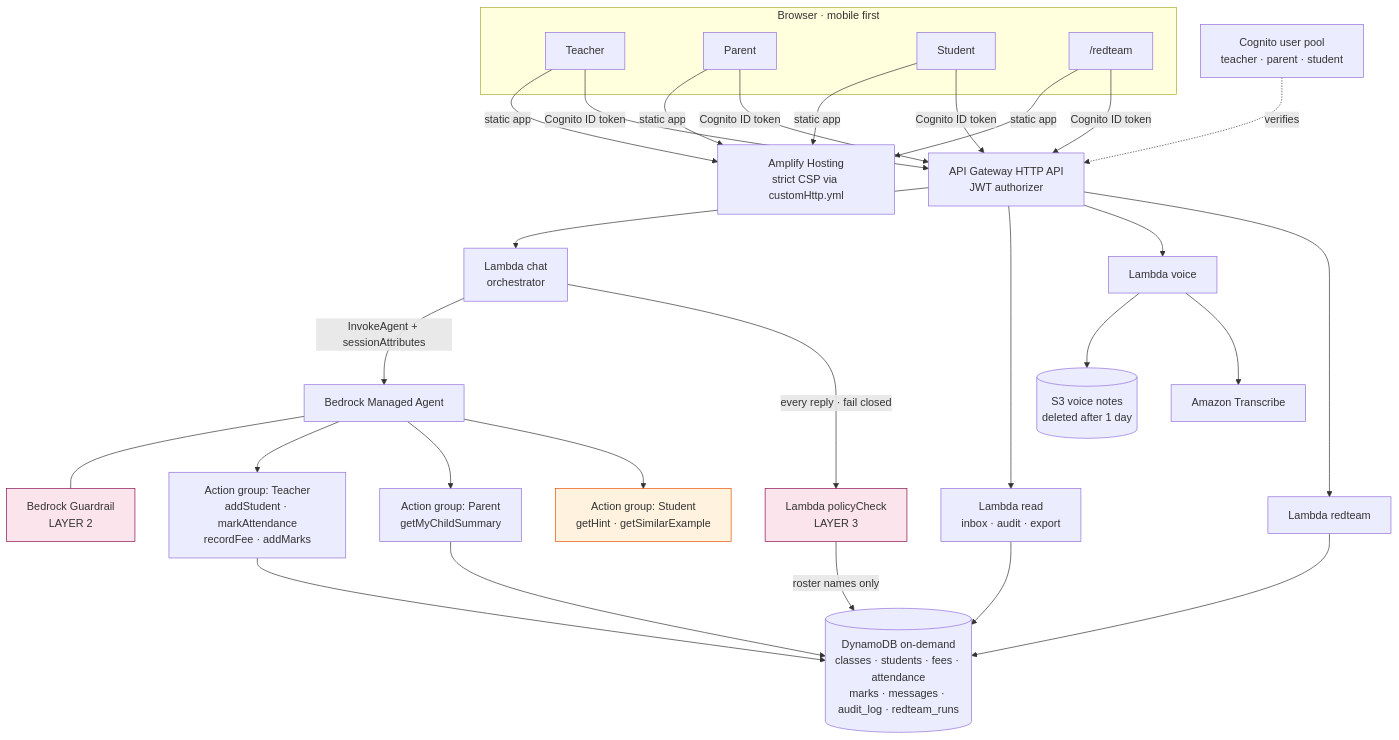
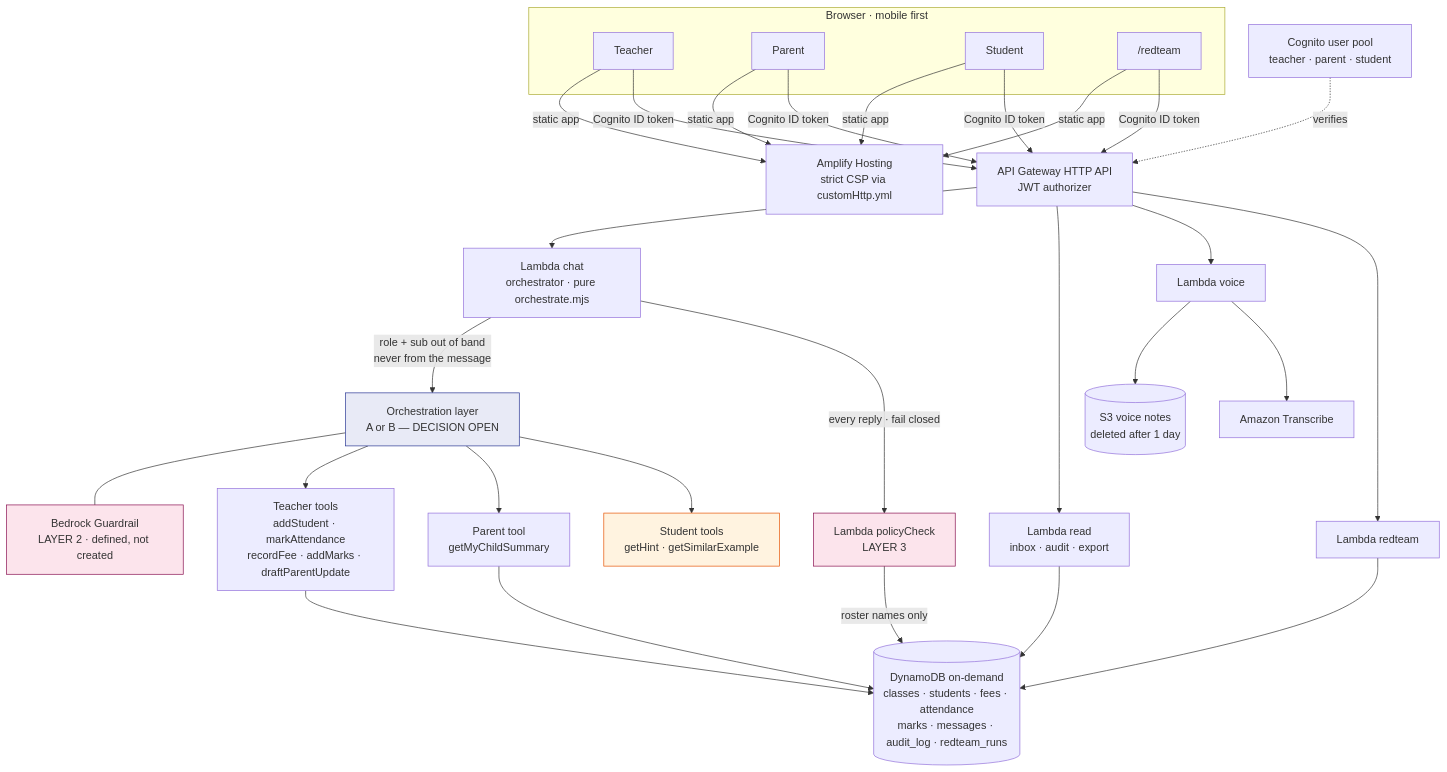
One commit to nishenmadawa15-collab/panthiya changed the diagram in README.md. Above: the diagram before and after it, drawn with Mermaid. The commit also changed other lines of this file and 2 other files, not shown here.

First line of the commit message:
docs(m7): the README that does not claim a running system, and two submission drafts

````diff
--- a/README.md
+++ b/README.md
@@ -43,38 +58,39 @@
 ```mermaid
 flowchart TD
     subgraph Client["Browser · mobile first"]
         T["Teacher"]
         P["Parent"]
         S["Student"]
         R["/redteam"]
     end
 
     T & P & S & R -->|"static app"| HOST["Amplify Hosting<br/>strict CSP via customHttp.yml"]
     T & P & S & R -->|"Cognito ID token"| API["API Gateway HTTP API<br/>JWT authorizer"]
     COG["Cognito user pool<br/>teacher · parent · student"] -.->|verifies| API
 
-    API --> CHAT["Lambda chat<br/>orchestrator"]
+    API --> CHAT["Lambda chat<br/>orchestrator · pure orchestrate.mjs"]
     API --> READ["Lambda read<br/>inbox · audit · export"]
     API --> VOICE["Lambda voice"]
     API --> RTL["Lambda redteam"]
 
-    CHAT -->|"InvokeAgent + sessionAttributes"| AGENT["Bedrock Managed Agent"]
-    AGENT --- GUARD["Bedrock Guardrail<br/>LAYER 2"]
-    AGENT --> GT["Action group: Teacher<br/>addStudent · markAttendance<br/>recordFee · addMarks"]
-    AGENT --> GP["Action group: Parent<br/>getMyChildSummary"]
-    AGENT --> GS["Action group: Student<br/>getHint · getSimilarExample"]
+    CHAT -->|"role + sub out of band<br/>never from the message"| ORCH["Orchestration layer<br/>A or B — DECISION OPEN"]
+    ORCH --- GUARD["Bedrock Guardrail<br/>LAYER 2 · defined, not created"]
+    ORCH --> GT["Teacher tools<br/>addStudent · markAttendance<br/>recordFee · addMarks · draftParentUpdate"]
+    ORCH --> GP["Parent tool<br/>getMyChildSummary"]
+    ORCH --> GS["Student tools<br/>getHint · getSimilarExample"]
 
     CHAT -->|"every reply · fail closed"| POLICY["Lambda policyCheck<br/>LAYER 3"]
 
     GT --> DDB[("DynamoDB on-demand<br/>classes · students · fees · attendance<br/>marks · messages · audit_log · redteam_runs")]
     GP --> DDB
     READ --> DDB
     RTL --> DDB
     POLICY -->|roster names only| DDB
     VOICE --> S3[("S3 voice notes<br/>deleted after 1 day")]
     VOICE --> TRX["Amazon Transcribe"]
 
     style GS fill:#fff3e0,stroke:#e65100
+    style ORCH fill:#e8eaf6,stroke:#283593
     style GUARD fill:#fce4ec,stroke:#880e4f
     style POLICY fill:#fce4ec,stroke:#880e4f
 ```
````
